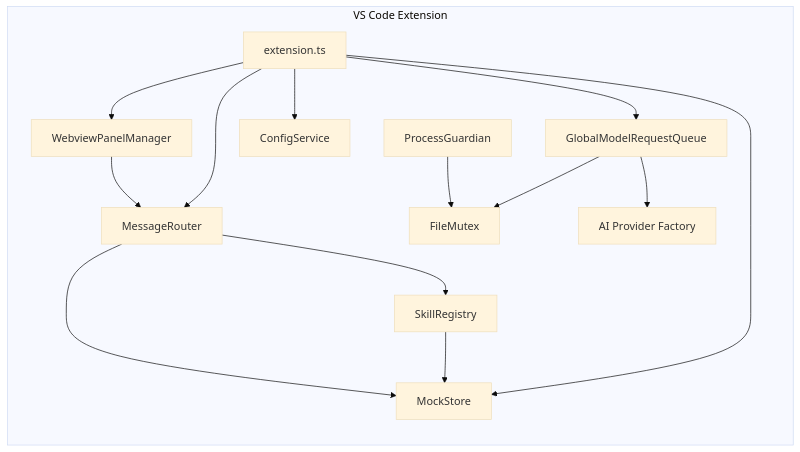
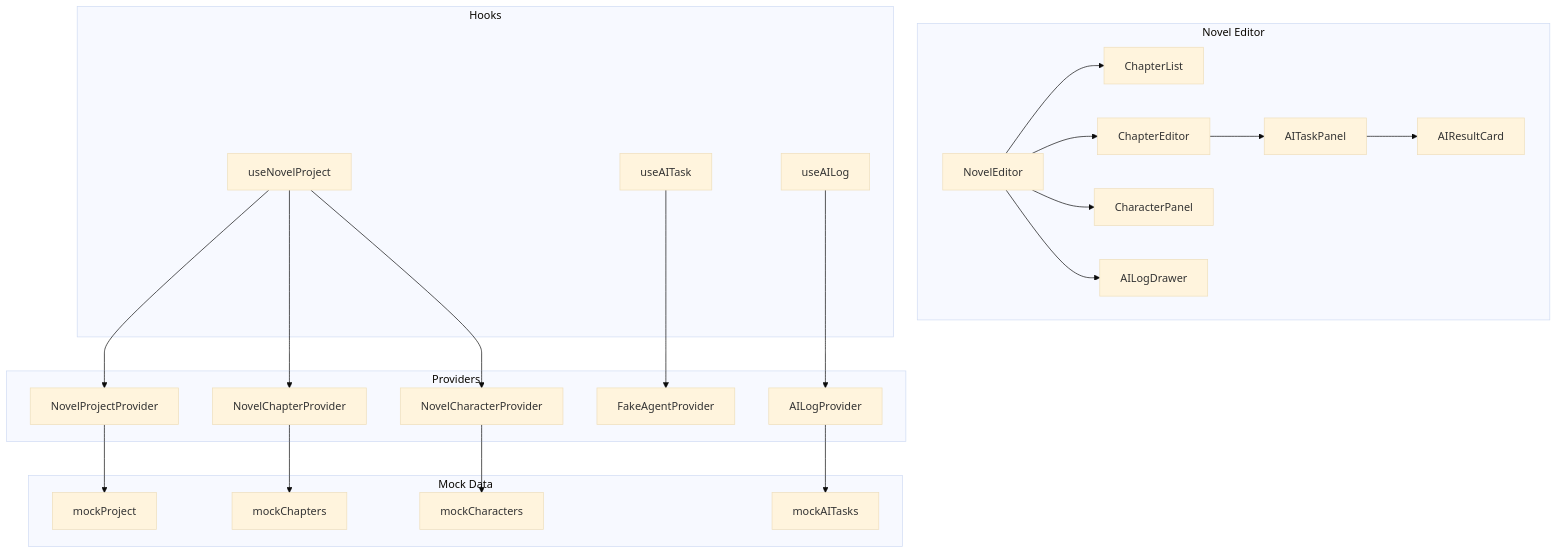
Before and after one commit to jimiechen/storytree: the diagram in docs/CODE_WIKI.md, drawn with Mermaid (base theme). The commit also changed other lines of this file and 1 other file, not shown here.

````diff
--- a/docs/CODE_WIKI.md
+++ b/docs/CODE_WIKI.md
@@ -945,28 +677,51 @@
 ```mermaid
-graph LR
-    subgraph Extension[VS Code Extension]
-        E1[extension.ts]
-        E2[MessageRouter]
-        E3[WebviewPanelManager]
-        E4[GlobalModelRequestQueue]
-        E5[FileMutex]
-        E6[ConfigService]
-        E7[MockStore]
-        E8[ProcessGuardian]
-        E9[AI Provider Factory]
-        E10[SkillRegistry]
+graph TD
+    subgraph NovelEditor[Novel Editor]
+        N1[NovelEditor]
+        N2[ChapterList]
+        N3[ChapterEditor]
+        N4[CharacterPanel]
+        N5[AITaskPanel]
+        N6[AIResultCard]
+        N7[AILogDrawer]
     end
 
-    E1 --> E2
-    E1 --> E3
-    E1 --> E4
-    E1 --> E6
-    E1 --> E7
-    E3 --> E2
-    E4 --> E5
-    E4 --> E9
-    E8 --> E5
-    E10 --> E7
-    E2 --> E7
-    E2 --> E10
+    subgraph Hooks[Hooks]
+        H1[useNovelProject]
+        H2[useAITask]
+        H3[useAILog]
+    end
+
+    subgraph Providers[Providers]
+        P1[NovelProjectProvider]
+        P2[NovelChapterProvider]
+        P3[NovelCharacterProvider]
+        P4[FakeAgentProvider]
+        P5[AILogProvider]
+    end
+
+    subgraph MockData[Mock Data]
+        M1[mockProject]
+        M2[mockChapters]
+        M3[mockCharacters]
+        M4[mockAITasks]
+    end
+
+    N1 --> N2
+    N1 --> N3
+    N1 --> N4
+    N3 --> N5
+    N5 --> N6
+    N1 --> N7
+
+    H1 --> P1
+    H1 --> P2
+    H1 --> P3
+    H2 --> P4
+    H3 --> P5
+
+    P1 --> M1
+    P2 --> M2
+    P3 --> M3
+    P5 --> M4
 ```
````
